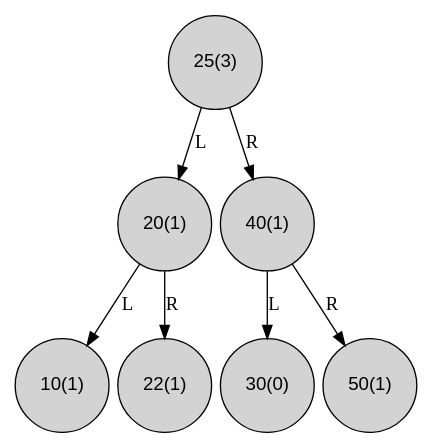
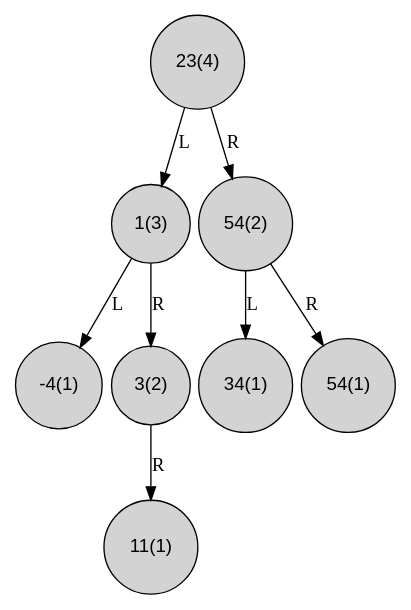
The diagram in utils/graphviz/avlTree.dot (HenryD11703/estructuras-de-datos), drawn with Graphviz before and after one commit. The commit also changed 4 other files, not shown here.

```diff
--- a/utils/graphviz/avlTree.dot
+++ b/utils/graphviz/avlTree.dot
@@ -1,18 +1,20 @@
 digraph g {
 node [shape=circle, style=filled, fontname="Helvetica"];
-"0x55ac3daafd10"[label="25(3)"];
-"0x55ac3daafd10"->"0x55ac3daafaf0"[label="L", color=black]
-"0x55ac3daafaf0"[label="20(1)"];
-"0x55ac3daafaf0"->"0x55ac3daafb10"[label="L", color=black]
-"0x55ac3daafb10"[label="10(1)"];
-"0x55ac3daafaf0"->"0x55ac3daafd50"[label="R", color=black]
-"0x55ac3daafd50"[label="22(1)"];
-"0x55ac3daafd10"->"0x55ac3daafad0"[label="R", color=black]
-"0x55ac3daafad0"[label="40(1)"];
-"0x55ac3daafad0"->"0x55ac3daafd30"[label="L", color=black]
-"0x55ac3daafd30"[label="30(0)"];
-"0x55ac3daafad0"->"0x55ac3daafd70"[label="R", color=black]
-"0x55ac3daafd70"[label="50(1)"];
+"0x5c77c92eeb10"[label="23(4)"];
+"0x5c77c92eeb10"->"0x5c77c92eed30"[label="L", color=black]
+"0x5c77c92eed30"[label="1(3)"];
+"0x5c77c92eed30"->"0x5c77c92eeaf0"[label="L", color=black]
+"0x5c77c92eeaf0"[label="-4(1)"];
+"0x5c77c92eed30"->"0x5c77c92eead0"[label="R", color=black]
+"0x5c77c92eead0"[label="3(2)"];
+"0x5c77c92eead0"->"0x5c77c92eed10"[label="R", color=black]
+"0x5c77c92eed10"[label="11(1)"];
+"0x5c77c92eeb10"->"0x5c77c92eed50"[label="R", color=black]
+"0x5c77c92eed50"[label="54(2)"];
+"0x5c77c92eed50"->"0x5c77c92eed70"[label="L", color=black]
+"0x5c77c92eed70"[label="34(1)"];
+"0x5c77c92eed50"->"0x5c77c92eed90"[label="R", color=black]
+"0x5c77c92eed90"[label="54(1)"];
 rankdir=TB;
 nodesep = 0.1
 }
```
